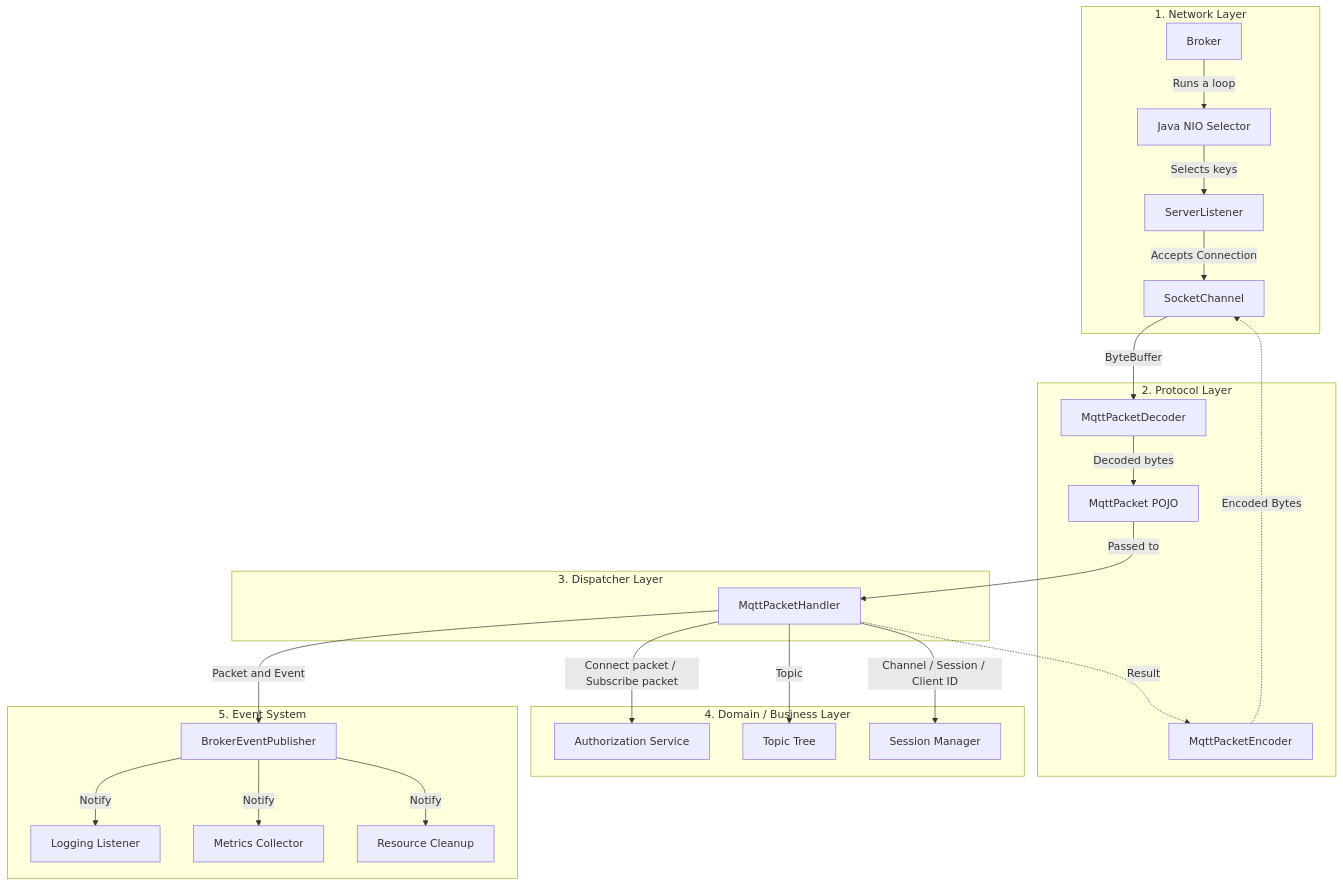
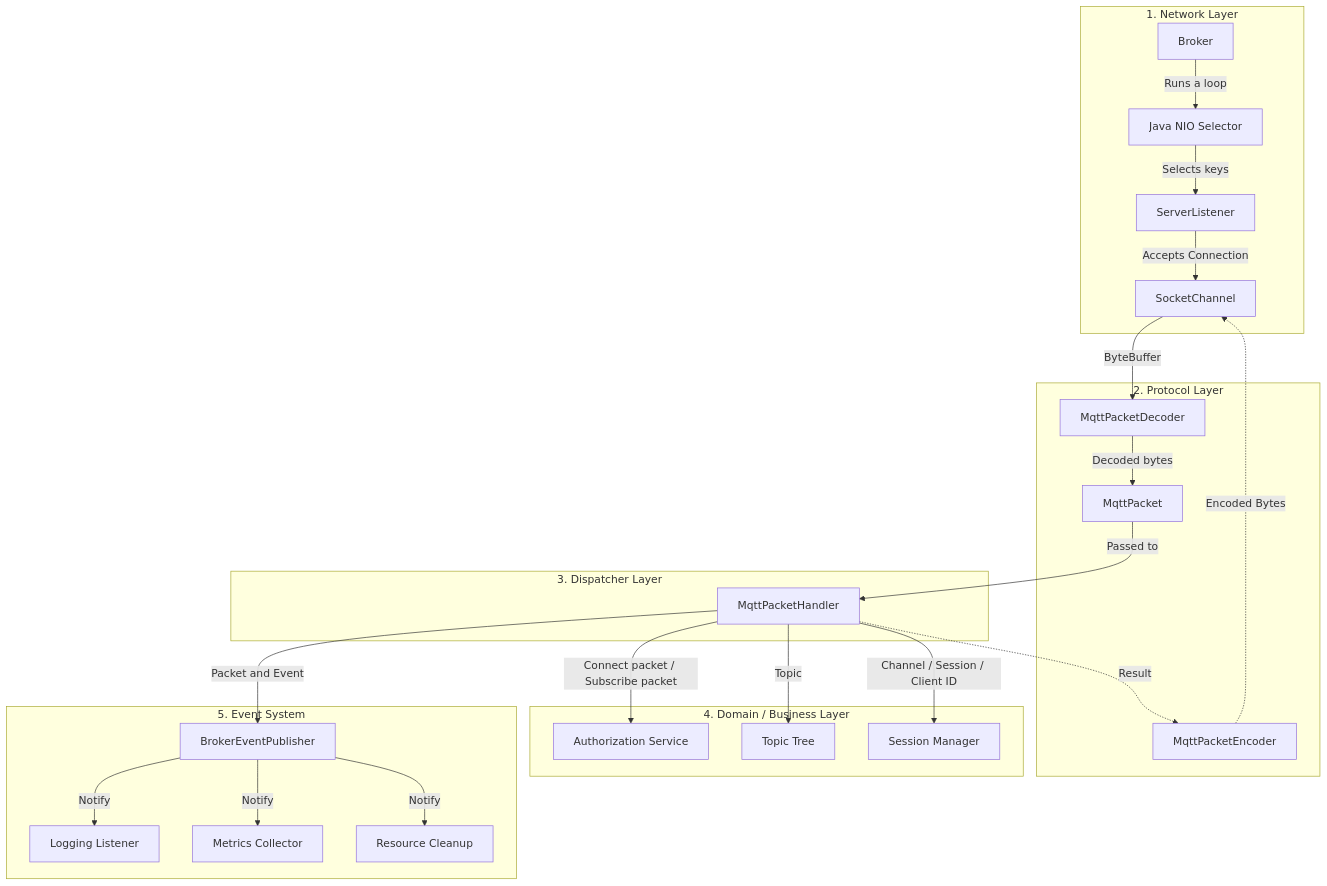
The second of 15 diagrams in README.md (karolbystrek/mqtt-broker), drawn with Mermaid before and after one commit.

Commit message:
Fix typo in MqttPacket POJO name

````diff
--- a/README.md
+++ b/README.md
@@ -63,54 +63,54 @@
 ```mermaid
 graph TD
     subgraph Network_Layer ["1. Network Layer"]
         Broker["Broker"]
         Selector["Java NIO Selector"]
         Listener["ServerListener"]
         Channel["SocketChannel"]
     end
 
     subgraph Protocol_Layer ["2. Protocol Layer"]
         Decoder["MqttPacketDecoder"]
         Encoder["MqttPacketEncoder"]
-        POJO["MqttPacket POJO"]
+        POJO["MqttPacket"]
     end
 
     subgraph Dispatcher_Layer ["3. Dispatcher Layer"]
         Router["MqttPacketHandler"]
     end
 
     subgraph Domain_Layer ["4. Domain / Business Layer"]
         Auth["Authorization Service"]
         Topics["Topic Tree"]
         Sessions["Session Manager"]
     end
 
     subgraph Event_System ["5. Event System"]
         Bus["BrokerEventPublisher"]
         Log["Logging Listener"]
         Metric["Metrics Collector"]
         Cleanup["Resource Cleanup"]
     end
 
     %% Data Flow Connections
     Broker -- "Runs a loop" --> Selector
     Selector -- "Selects keys" --> Listener
     Listener -- "Accepts Connection" --> Channel
     
     Channel -- "ByteBuffer" --> Decoder
     Decoder -- "Decoded bytes" --> POJO
     POJO -- "Passed to" --> Router
     
     Router -- "Connect packet / Subscribe packet" --> Auth
     Router -- "Topic" --> Topics
     Router -- "Channel / Session / Client ID" --> Sessions
 
     Router -- "Packet and Event" --> Bus
     Bus -- "Notify" --> Log
     Bus -- "Notify" --> Metric
     Bus -- "Notify" --> Cleanup
     
     %% Response Flow
     Router -. "Result" .-> Encoder
     Encoder -. "Encoded Bytes" .-> Channel
 ```
````
